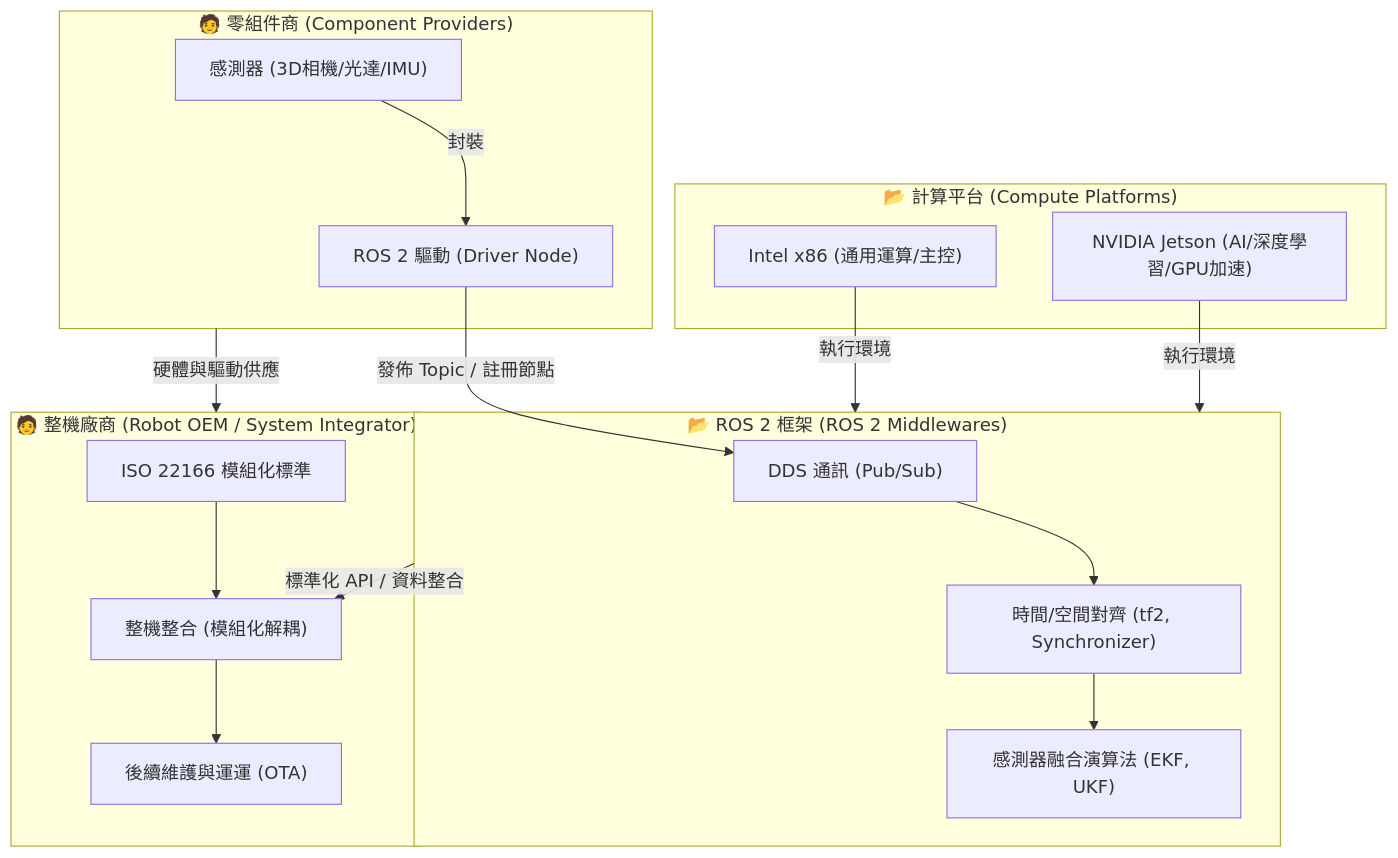
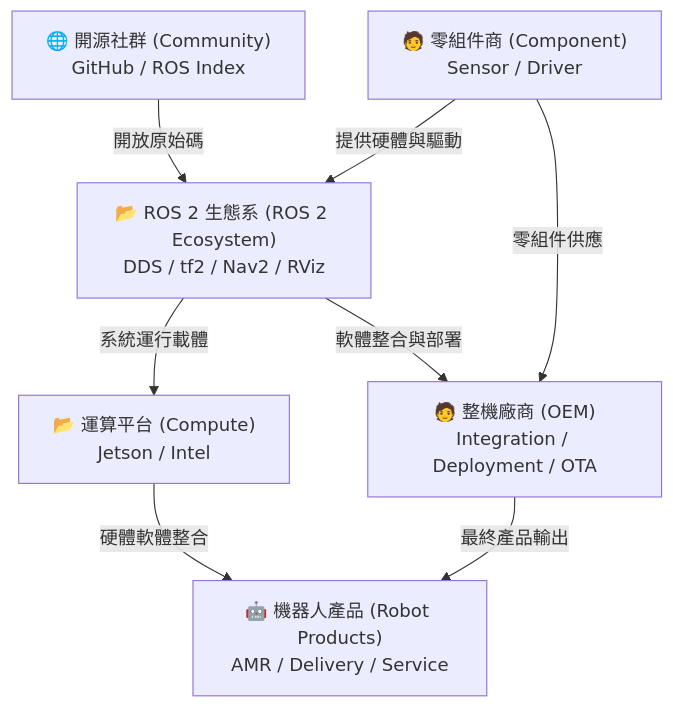
The diagram in CH1-2_Why_use_ROS_2_for_robot_development.md (weilingwu772/guide-repo), drawn with Mermaid before and after one commit. The commit also changed other lines of this file and 1 other file, not shown here.

Commit message:
Update docs: refactor ROS 2 value network, architecture diagrams, and engineering standards for sensor fusion

````diff
--- a/CH1-2_Why_use_ROS_2_for_robot_development.md
+++ b/CH1-2_Why_use_ROS_2_for_robot_development.md
@@ -5,33 +5,22 @@
 ```mermaid
 graph TD
-    subgraph ComponentProviders["🧑 零組件商 (Component Providers)"]
-        Sensors["感測器 (3D相機/光達/IMU)"]
-        Drivers["ROS 2 驅動 (Driver Node)"]
-        Sensors -->|封裝| Drivers
-    end
+    Community["🌐 開源社群 (Community)<br>GitHub / ROS Index"]
+    Component["🧑 零組件商 (Component)<br>Sensor / Driver"]
+    OEM["🧑 整機廠商 (OEM)<br>Integration / Deployment / OTA"]
+    Eco["📂 ROS 2 生態系 (ROS 2 Ecosystem)<br>DDS / tf2 / Nav2 / RViz"]
+    Compute["📂 運算平台 (Compute)<br>Jetson / Intel"]
+    Products["🤖 機器人產品 (Robot Products)<br>AMR / Delivery / Service"]
 
-    subgraph ComputePlatforms["📂 計算平台 (Compute Platforms)"]
-        x86["Intel x86 (通用運算/主控)"]
-        Jetson["NVIDIA Jetson (AI/深度學習/GPU加速)"]
-    end
+    %% 縱向價值流 (Value Chain)
+    Community -->|開放原始碼| Eco
+    Eco -->|系統運行載體| Compute
+    Compute -->|硬體軟體整合| Products
 
-    subgraph Framework["📂 ROS 2 框架 (ROS 2 Middlewares)"]
-        DDS["DDS 通訊 (Pub/Sub)"]
-        TimeSync["時間/空間對齊 (tf2, Synchronizer)"]
-        SensorFusion["感測器融合演算法 (EKF, UKF)"]
-        DDS --> TimeSync --> SensorFusion
-    end
-
-    subgraph OEM["🧑 整機廠商 (Robot OEM / System Integrator)"]
-        ISO["ISO 22166 模組化標準"]
-        Integration["整機整合 (模組化解耦)"]
-        Maintenance["後續維護與運運 (OTA)"]
-        ISO --> Integration --> Maintenance
-    end
-
-    %% 關係連結
-    Drivers -->|發佈 Topic / 註冊節點| DDS
-    x86 & Jetson -->|執行環境| Framework
-    Framework -->|標準化 API / 資料整合| Integration
-    ComponentProviders -->|硬體與驅動供應| OEM
+    %% 橫向角色交匯 (Value Network)
+    Component -->|提供硬體與驅動| Eco
+    Eco -->|軟體整合與部署| OEM
+    
+    %% 橫向與終端連結
+    Component -->|零組件供應| OEM
+    OEM -->|最終產品輸出| Products
 ```
````
